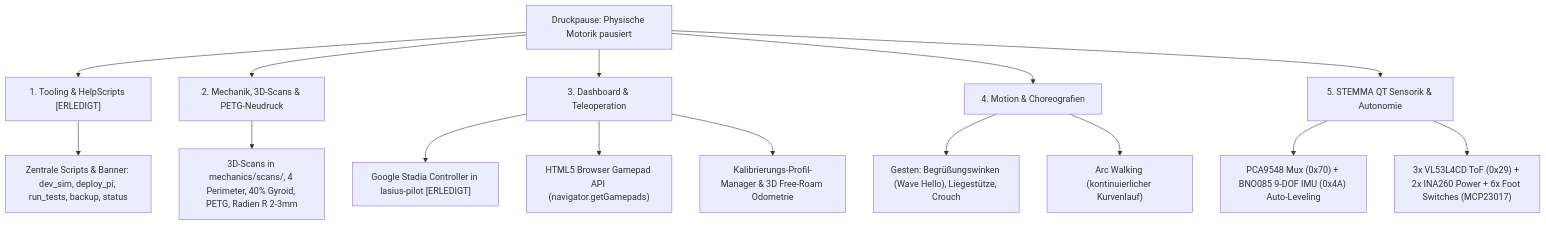
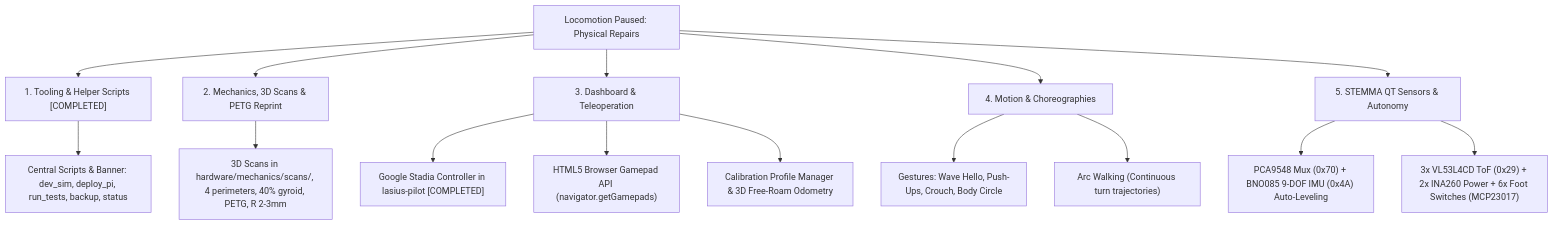
The diagram in docs/roadmap.md (vern-da-coda/lasius), drawn with Mermaid before and after one commit. The commit also changed other lines of this file and 27 other files, not shown here.

````diff
--- a/docs/roadmap.md
+++ b/docs/roadmap.md
@@ -36,18 +36,18 @@
 ```mermaid
 flowchart TD
-    A["Druckpause: Physische Motorik pausiert"] --> B["1. Tooling & HelpScripts [ERLEDIGT]"]
-    A --> C["2. Mechanik, 3D-Scans & PETG-Neudruck"]
+    A["Locomotion Paused: Physical Repairs"] --> B["1. Tooling & Helper Scripts [COMPLETED]"]
+    A --> C["2. Mechanics, 3D Scans & PETG Reprint"]
     A --> D["3. Dashboard & Teleoperation"]
-    A --> E["4. Motion & Choreografien"]
-    A --> F["5. STEMMA QT Sensorik & Autonomie"]
+    A --> E["4. Motion & Choreographies"]
+    A --> F["5. STEMMA QT Sensors & Autonomy"]
 
-    B --> B1["Zentrale Scripts & Banner: dev_sim, deploy_pi, run_tests, backup, status"]
-    C --> C1["3D-Scans in mechanics/scans/, 4 Perimeter, 40% Gyroid, PETG, Radien R 2-3mm"]
-    D --> D1["Google Stadia Controller in lasius-pilot [ERLEDIGT]"]
+    B --> B1["Central Scripts & Banner: dev_sim, deploy_pi, run_tests, backup, status"]
+    C --> C1["3D Scans in hardware/mechanics/scans/, 4 perimeters, 40% gyroid, PETG, R 2-3mm"]
+    D --> D1["Google Stadia Controller in lasius-pilot [COMPLETED]"]
     D --> D2["HTML5 Browser Gamepad API (navigator.getGamepads)"]
-    D --> D3["Kalibrierungs-Profil-Manager & 3D Free-Roam Odometrie"]
-    E --> E1["Gesten: Begrüßungswinken (Wave Hello), Liegestütze, Crouch"]
-    E --> E2["Arc Walking (kontinuierlicher Kurvenlauf)"]
+    D --> D3["Calibration Profile Manager & 3D Free-Roam Odometry"]
+    E --> E1["Gestures: Wave Hello, Push-Ups, Crouch, Body Circle"]
+    E --> E2["Arc Walking (Continuous turn trajectories)"]
     F --> F1["PCA9548 Mux (0x70) + BNO085 9-DOF IMU (0x4A) Auto-Leveling"]
     F --> F2["3x VL53L4CD ToF (0x29) + 2x INA260 Power + 6x Foot Switches (MCP23017)"]
 ```
````
